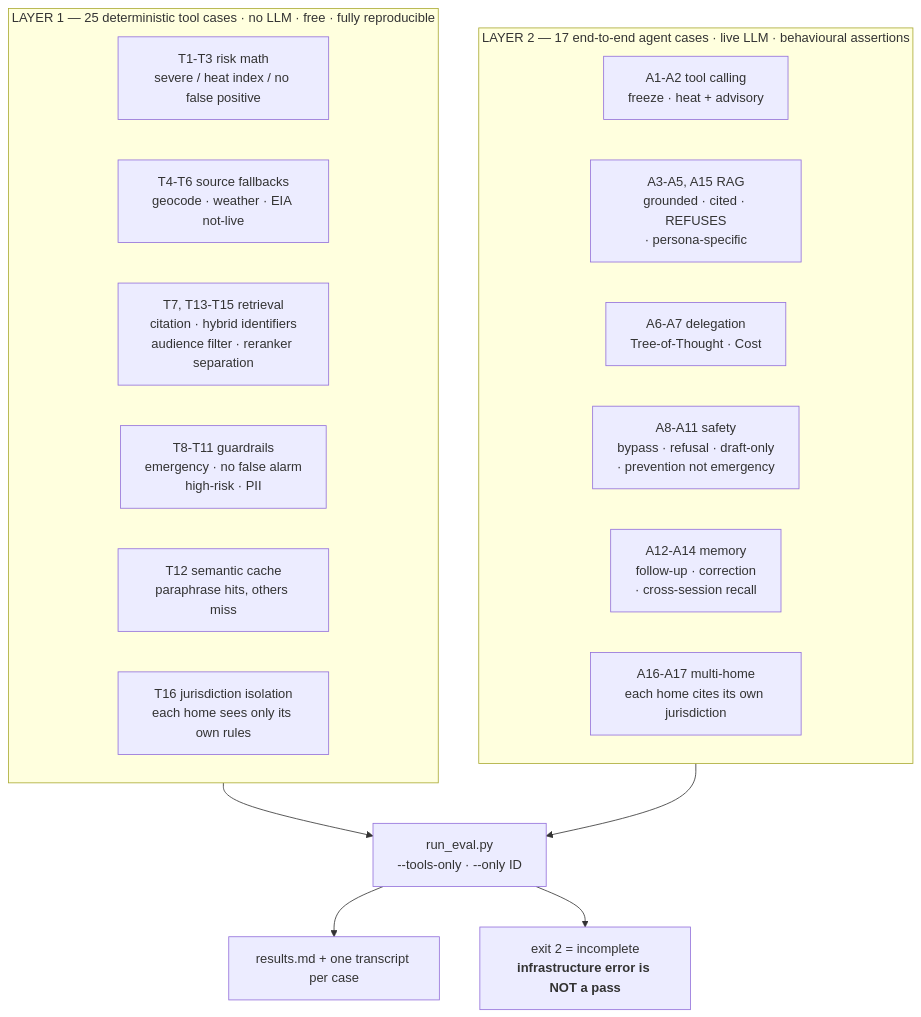
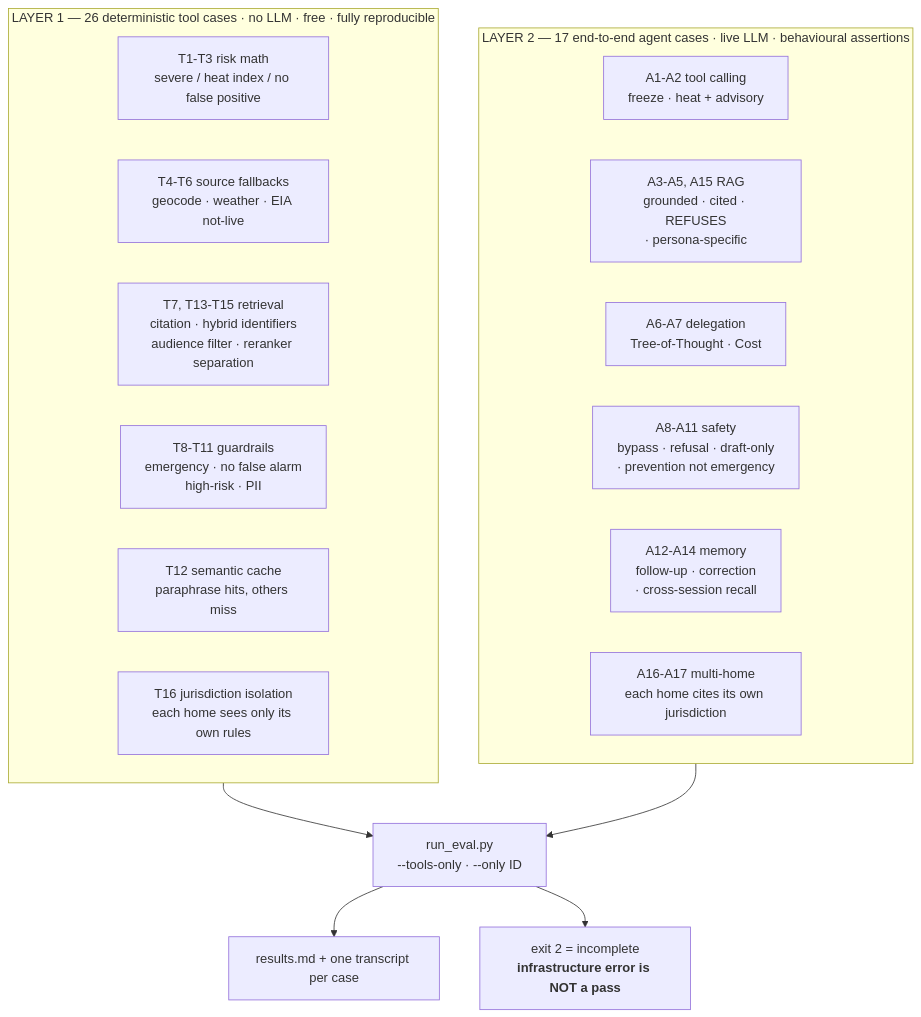
Before and after one commit to kkaladi31/smart-home-forecaster-public-demo: diagram 15 of 15 in docs/architecture-review.md, drawn with Mermaid. The commit also changed other lines of this file and 17 other files, not shown here.

````diff
--- a/docs/architecture-review.md
+++ b/docs/architecture-review.md
@@ -1601,27 +1635,27 @@
 ```mermaid
 flowchart TB
-  subgraph L1["LAYER 1 — 25 deterministic tool cases · no LLM · free · fully reproducible"]
+  subgraph L1["LAYER 1 — 26 deterministic tool cases · no LLM · free · fully reproducible"]
     direction LR
     D1["T1-T3 risk math<br/>severe / heat index / no false positive"]
     D2["T4-T6 source fallbacks<br/>geocode · weather · EIA not-live"]
     D3["T7, T13-T15 retrieval<br/>citation · hybrid identifiers<br/>audience filter · reranker separation"]
     D4["T8-T11 guardrails<br/>emergency · no false alarm<br/>high-risk · PII"]
     D5["T12 semantic cache<br/>paraphrase hits, others miss"]
     D6["T16 jurisdiction isolation<br/>each home sees only its own rules"]
   end
 
   subgraph L2["LAYER 2 — 17 end-to-end agent cases · live LLM · behavioural assertions"]
     direction LR
     A1["A1-A2 tool calling<br/>freeze · heat + advisory"]
     A2["A3-A5, A15 RAG<br/>grounded · cited · REFUSES<br/>· persona-specific"]
     A3["A6-A7 delegation<br/>Tree-of-Thought · Cost"]
     A4["A8-A11 safety<br/>bypass · refusal · draft-only<br/>· prevention not emergency"]
     A5["A12-A14 memory<br/>follow-up · correction<br/>· cross-session recall"]
     A6["A16-A17 multi-home<br/>each home cites its own jurisdiction"]
   end
 
   L1 --> RUN["run_eval.py<br/>--tools-only · --only ID"]
   L2 --> RUN
   RUN --> OUT["results.md + one transcript per case"]
   RUN --> EXIT["exit 2 = incomplete<br/><b>infrastructure error is NOT a pass</b>"]
 ```
````
